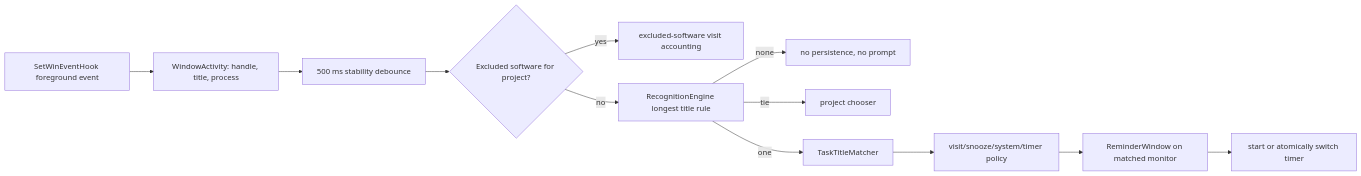
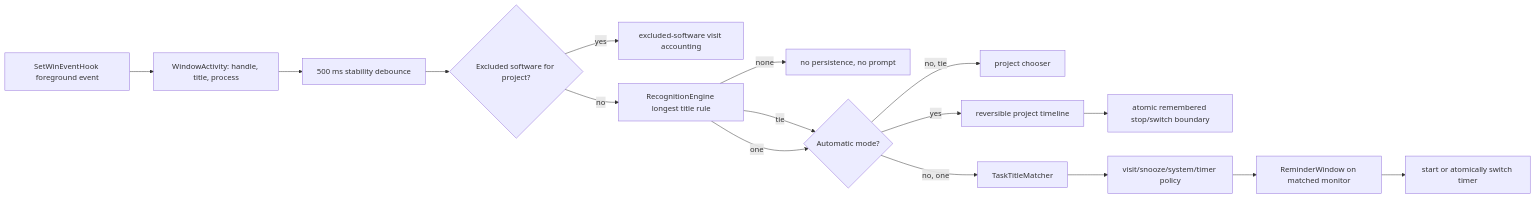
The fourth of 6 diagrams in Log_o-Clock/docs/ARCHITECTURE.md (Zachariasz/Log_o-Clock), drawn with Mermaid before and after one commit. The commit also changed other lines of this file and 17 other files, not shown here.

Commit message:
added full auto tracking mode

````diff
--- a/Log_o-Clock/docs/ARCHITECTURE.md
+++ b/Log_o-Clock/docs/ARCHITECTURE.md
@@ -115,14 +115,18 @@
 ```mermaid
 flowchart LR
     Hook["SetWinEventHook foreground event"] --> Activity["WindowActivity: handle, title, process"]
     Activity --> Debounce["500 ms stability debounce"]
     Debounce --> Excluded{"Excluded software for project?"}
     Excluded -- yes --> Away["excluded-software visit accounting"]
     Excluded -- no --> Match["RecognitionEngine longest title rule"]
     Match -->|none| Silent["no persistence, no prompt"]
-    Match -->|tie| Chooser["project chooser"]
-    Match -->|one| TaskMatch["TaskTitleMatcher"]
+    Match -->|tie| Mode{"Automatic mode?"}
+    Match -->|one| Mode
+    Mode -->|no, tie| Chooser["project chooser"]
+    Mode -->|no, one| TaskMatch["TaskTitleMatcher"]
+    Mode -->|yes| Auto["reversible project timeline"]
+    Auto --> Boundary["atomic remembered stop/switch boundary"]
     TaskMatch --> Policy["visit/snooze/system/timer policy"]
     Policy --> Reminder["ReminderWindow on matched monitor"]
     Reminder --> Start["start or atomically switch timer"]
 ```
````
